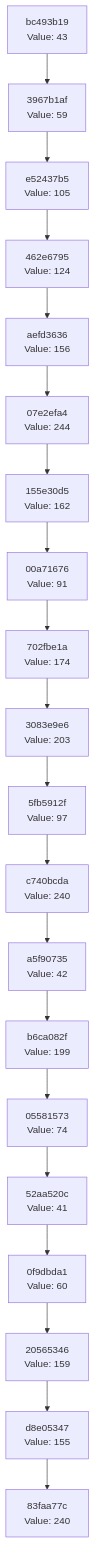
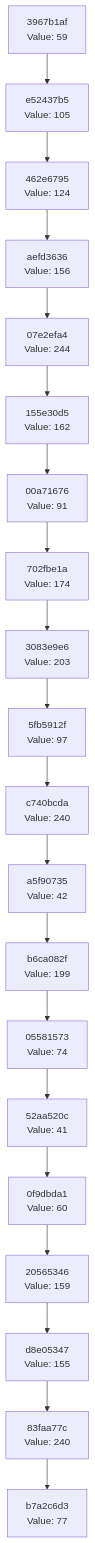
Before and after one commit to Abhisheksinha1506/hash-chain-evolver: the diagram in docs/CHAIN_VISUALIZATION.md, drawn with Mermaid. The commit also changed 3 other files, not shown here.

````diff
--- a/docs/CHAIN_VISUALIZATION.md
+++ b/docs/CHAIN_VISUALIZATION.md
@@ -3,42 +3,42 @@
 ```mermaid
 graph TD
-    C0["83faa77c<br/>Value: 240"]
-    C1["d8e05347<br/>Value: 155"]
+    C0["b7a2c6d3<br/>Value: 77"]
+    C1["83faa77c<br/>Value: 240"]
     C1 --> C0
-    C2["20565346<br/>Value: 159"]
+    C2["d8e05347<br/>Value: 155"]
     C2 --> C1
-    C3["0f9dbda1<br/>Value: 60"]
+    C3["20565346<br/>Value: 159"]
     C3 --> C2
-    C4["52aa520c<br/>Value: 41"]
+    C4["0f9dbda1<br/>Value: 60"]
     C4 --> C3
-    C5["05581573<br/>Value: 74"]
+    C5["52aa520c<br/>Value: 41"]
     C5 --> C4
-    C6["b6ca082f<br/>Value: 199"]
+    C6["05581573<br/>Value: 74"]
     C6 --> C5
-    C7["a5f90735<br/>Value: 42"]
+    C7["b6ca082f<br/>Value: 199"]
     C7 --> C6
-    C8["c740bcda<br/>Value: 240"]
+    C8["a5f90735<br/>Value: 42"]
     C8 --> C7
-    C9["5fb5912f<br/>Value: 97"]
+    C9["c740bcda<br/>Value: 240"]
     C9 --> C8
-    C10["3083e9e6<br/>Value: 203"]
+    C10["5fb5912f<br/>Value: 97"]
     C10 --> C9
-    C11["702fbe1a<br/>Value: 174"]
+    C11["3083e9e6<br/>Value: 203"]
     C11 --> C10
-    C12["00a71676<br/>Value: 91"]
+    C12["702fbe1a<br/>Value: 174"]
     C12 --> C11
-    C13["155e30d5<br/>Value: 162"]
+    C13["00a71676<br/>Value: 91"]
     C13 --> C12
-    C14["07e2efa4<br/>Value: 244"]
+    C14["155e30d5<br/>Value: 162"]
     C14 --> C13
-    C15["aefd3636<br/>Value: 156"]
+    C15["07e2efa4<br/>Value: 244"]
     C15 --> C14
-    C16["462e6795<br/>Value: 124"]
+    C16["aefd3636<br/>Value: 156"]
     C16 --> C15
-    C17["e52437b5<br/>Value: 105"]
+    C17["462e6795<br/>Value: 124"]
     C17 --> C16
-    C18["3967b1af<br/>Value: 59"]
+    C18["e52437b5<br/>Value: 105"]
     C18 --> C17
-    C19["bc493b19<br/>Value: 43"]
+    C19["3967b1af<br/>Value: 59"]
     C19 --> C18
 ```
````
